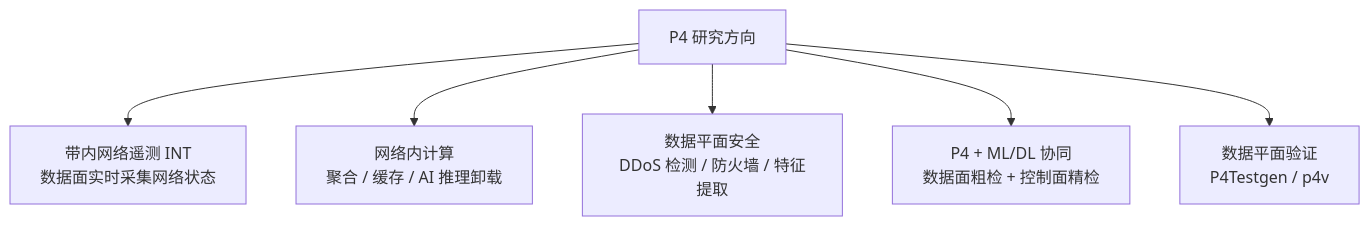
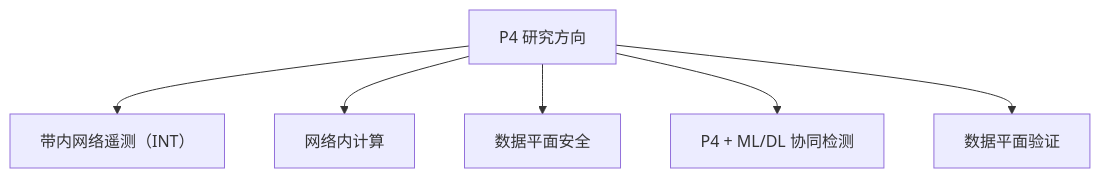
The fourth of 4 diagrams in src/content/blog/P4/p4-03-practice-frontier.mdx (Sukkk-zcy/Sukkk-zcy.github.io), drawn with Mermaid before and after one commit. The commit also changed other lines of this file and 2 other files, not shown here.

````diff
--- a/src/content/blog/P4/p4-03-practice-frontier.mdx
+++ b/src/content/blog/P4/p4-03-practice-frontier.mdx
@@ -150,9 +132,9 @@
 ```mermaid
 flowchart TD
     ROOT["P4 研究方向"]
-    ROOT --> A["带内网络遥测 INT<br/>数据面实时采集网络状态"]
-    ROOT --> B["网络内计算<br/>聚合 / 缓存 / AI 推理卸载"]
-    ROOT --> C["数据平面安全<br/>DDoS 检测 / 防火墙 / 特征提取"]
-    ROOT --> D["P4 + ML/DL 协同<br/>数据面粗检 + 控制面精检"]
-    ROOT --> E["数据平面验证<br/>P4Testgen / p4v"]
+    ROOT --> A["带内网络遥测（INT）"]
+    ROOT --> B["网络内计算"]
+    ROOT --> C["数据平面安全"]
+    ROOT --> D["P4 + ML/DL 协同检测"]
+    ROOT --> E["数据平面验证"]
 ```
````
